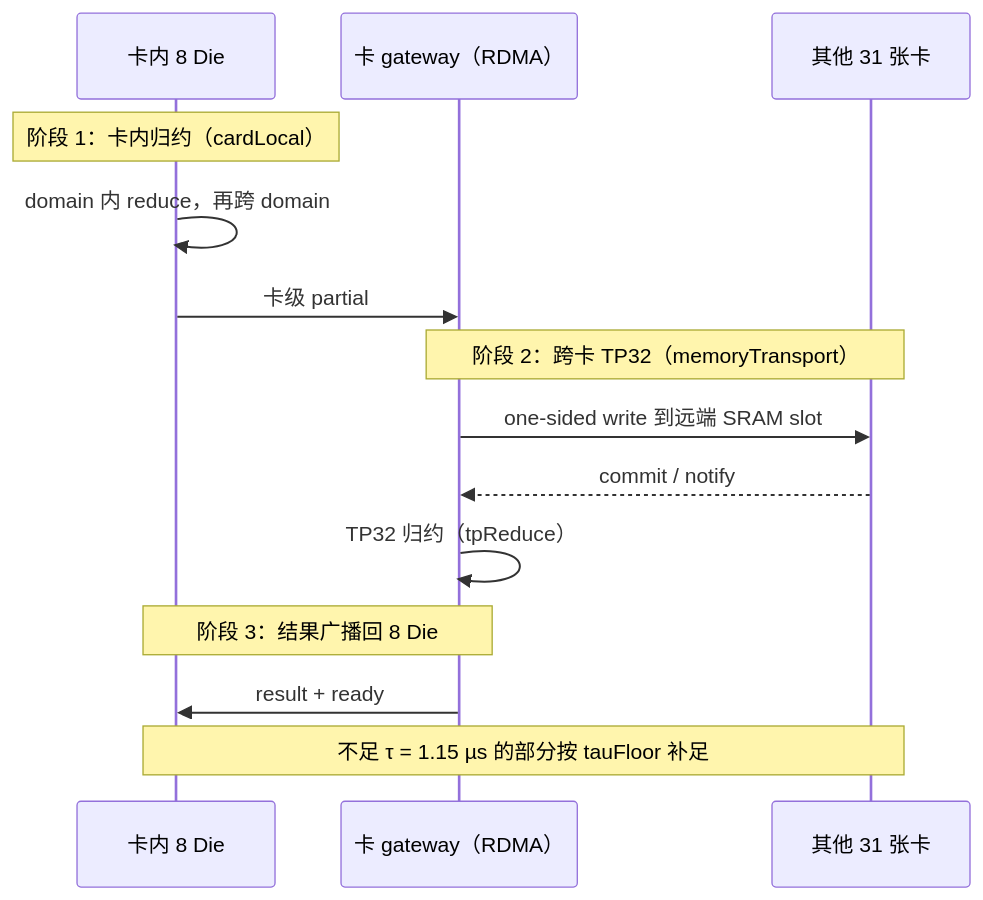
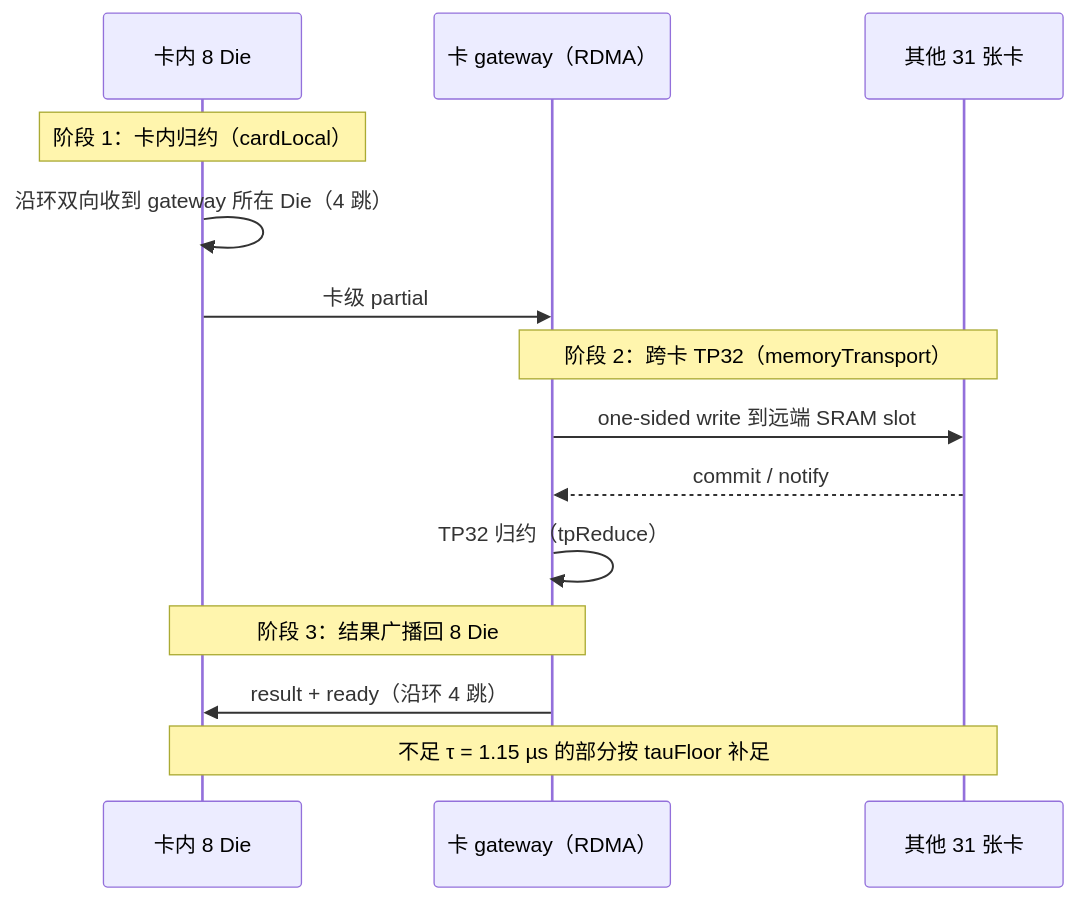
The third of 5 diagrams in teams/hardware/docs/06_MULTIDIE_AND_SCALEOUT.md (xqdan/xihu), drawn with Mermaid before and after one commit. The commit also changed other lines of this file and 58 other files, not shown here.

````diff
--- a/teams/hardware/docs/06_MULTIDIE_AND_SCALEOUT.md
+++ b/teams/hardware/docs/06_MULTIDIE_AND_SCALEOUT.md
@@ -101,16 +101,16 @@
 ```mermaid
 sequenceDiagram
   participant D as 卡内 8 Die
   participant G as 卡 gateway（RDMA）
   participant R as 其他 31 张卡
   Note over D: 阶段 1：卡内归约（cardLocal）
-  D->>D: domain 内 reduce，再跨 domain
+  D->>D: 沿环双向收到 gateway 所在 Die（4 跳）
   D->>G: 卡级 partial
   Note over G,R: 阶段 2：跨卡 TP32（memoryTransport）
   G->>R: one-sided write 到远端 SRAM slot
   R-->>G: commit / notify
   G->>G: TP32 归约（tpReduce）
   Note over D,G: 阶段 3：结果广播回 8 Die
-  G->>D: result + ready
+  G->>D: result + ready（沿环 4 跳）
   Note over D,R: 不足 τ = 1.15 µs 的部分按 tauFloor 补足
 ```
````
